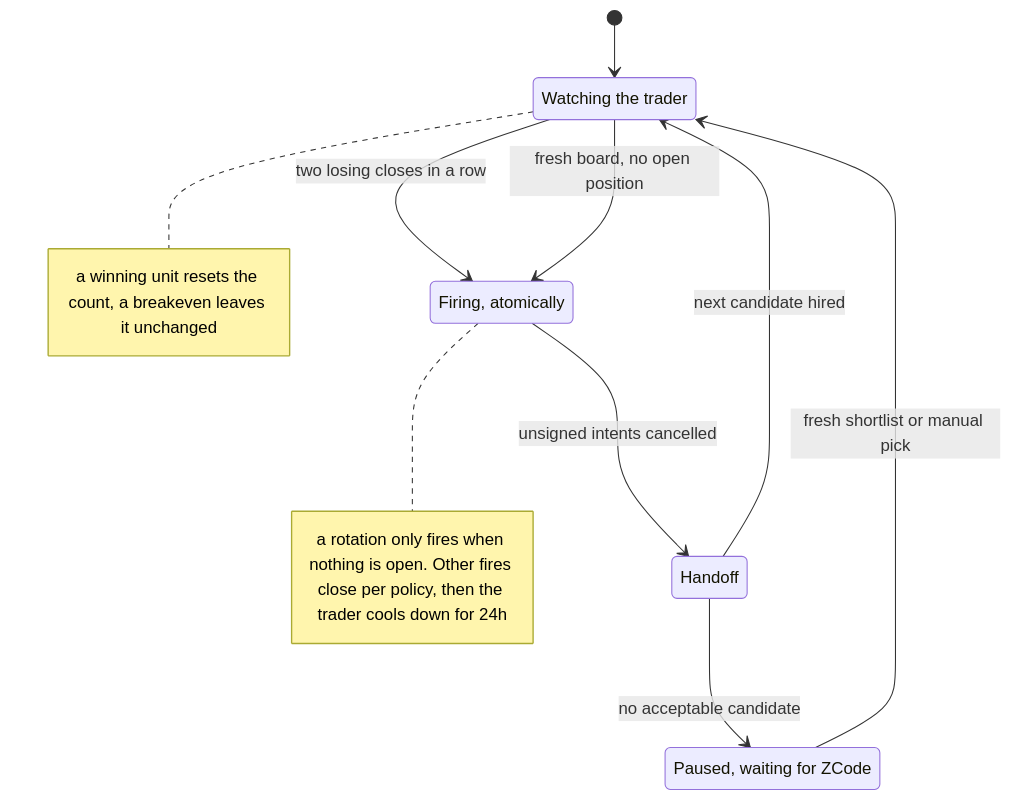
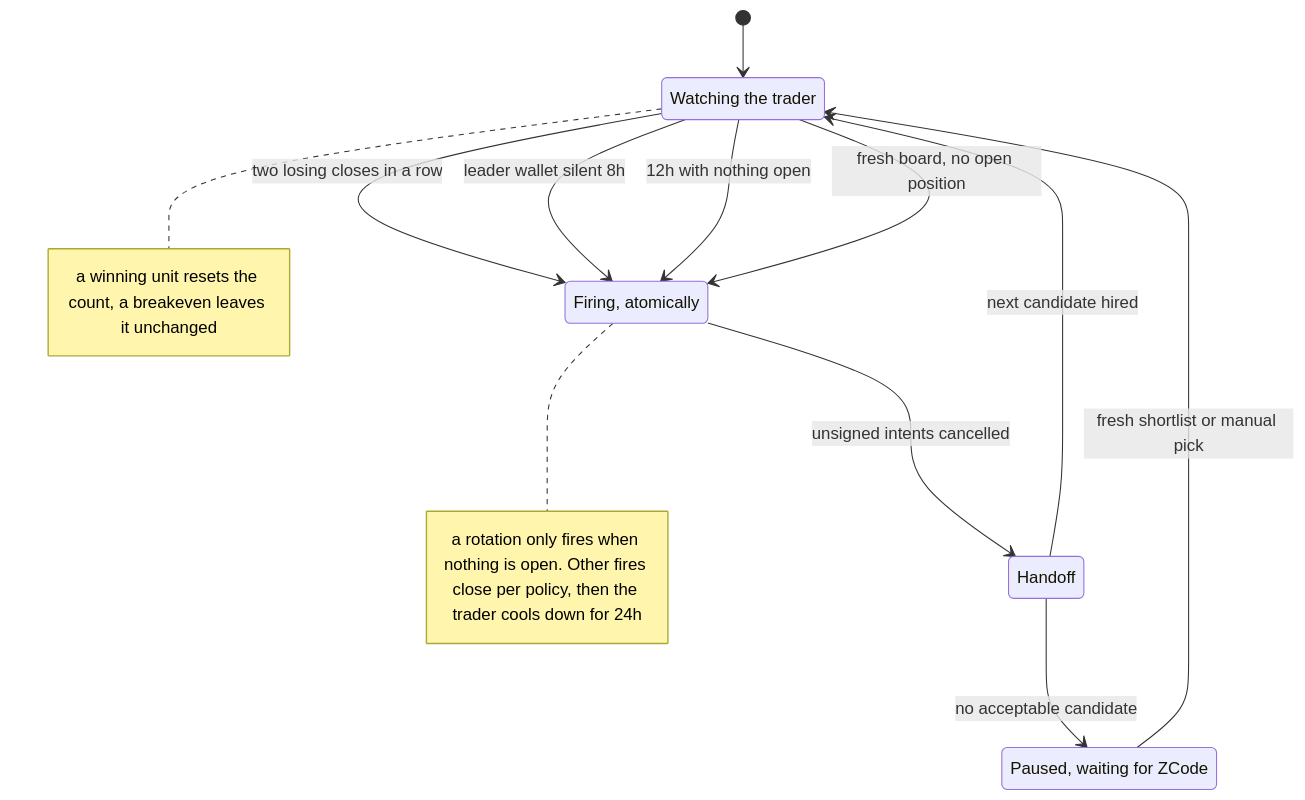
Before and after one commit to RuneL89/zcode-copytrade-bot: the diagram in docs/diagrams/firing-handoff.mmd, drawn with Mermaid. The commit also changed 8 other files, not shown here.

```diff
--- a/docs/diagrams/firing-handoff.mmd
+++ b/docs/diagrams/firing-handoff.mmd
@@ -1,15 +1,17 @@
 %% Render: ~/.zcode/tools/mermaid-render/render.sh -i firing-handoff.mmd -o ../images/firing-handoff.png -b white -s 2 -w 1600
 stateDiagram-v2
     [*] --> Watching
     Watching --> Firing: two losing closes in a row
+    Watching --> Firing: leader wallet silent 8h
+    Watching --> Firing: 12h with nothing open
     Watching --> Firing: fresh board, no open position
     Firing --> Handoff: unsigned intents cancelled
     Handoff --> Watching: next candidate hired
     Handoff --> Paused: no acceptable candidate
     Paused --> Watching: fresh shortlist or manual pick
     note right of Watching : a winning unit resets the count, a breakeven leaves it unchanged
     note right of Firing : a rotation only fires when nothing is open. Other fires close per policy, then the trader cools down for 24h
     state "Watching the trader" as Watching
     state "Firing, atomically" as Firing
     state "Handoff" as Handoff
     state "Paused, waiting for ZCode" as Paused
```
